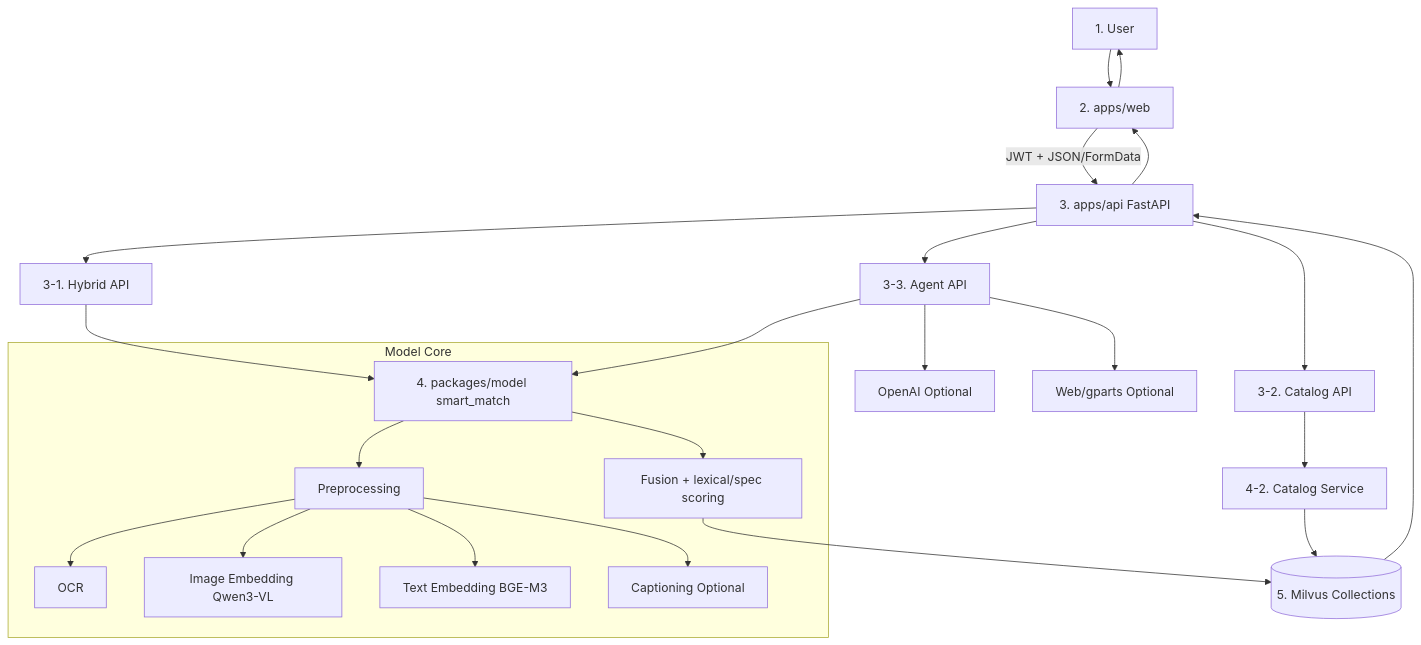
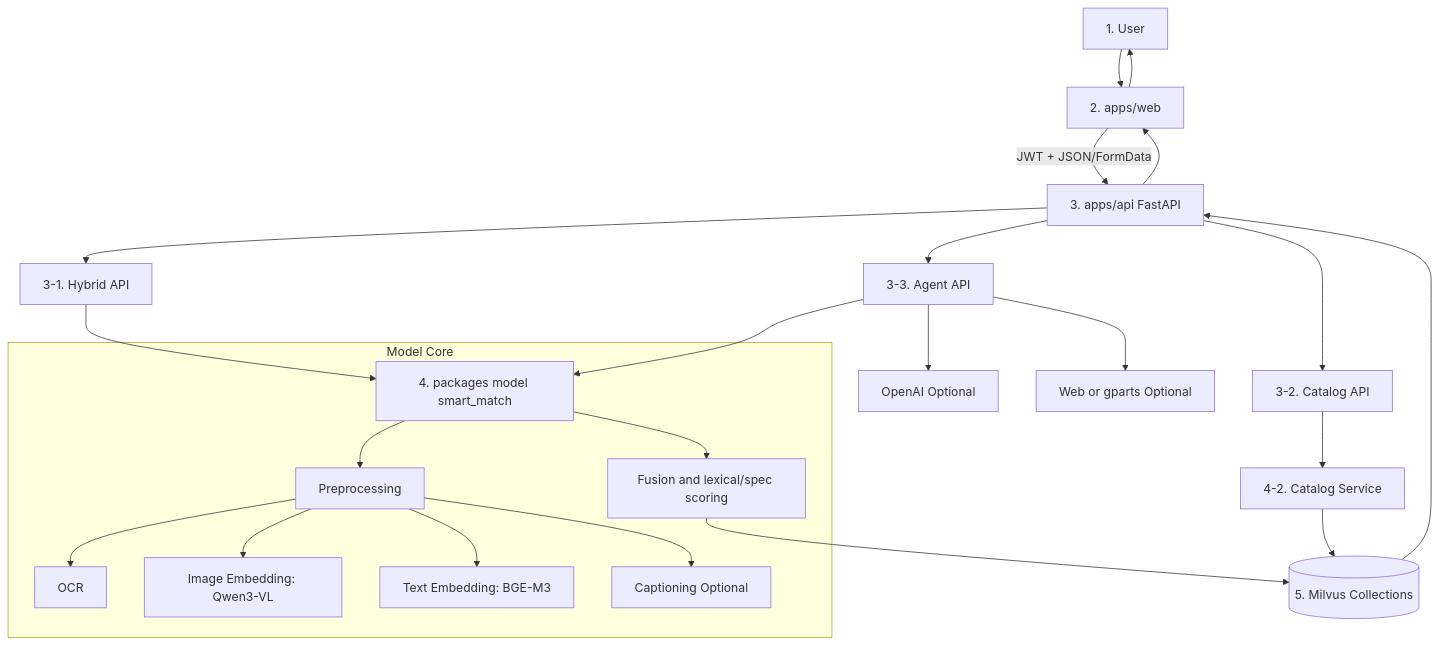
Before and after one commit to hshlalla/Smart_vision: the first of 4 diagrams in docs/architecture/ARCHITECTURE_MERMAID.md, drawn with Mermaid. The commit also changed other lines of this file, not shown here.

Commit message:
docs(architecture): fix mermaid rendering syntax

````diff
--- a/docs/architecture/ARCHITECTURE_MERMAID.md
+++ b/docs/architecture/ARCHITECTURE_MERMAID.md
@@ -7,31 +7,31 @@
 ```mermaid
 flowchart TD
-  U[1. User] --> W[2. apps/web]
-  W -->|JWT + JSON/FormData| API[3. apps/api FastAPI]
+  U["1. User"] --> W["2. apps/web"]
+  W -->|"JWT + JSON/FormData"| API["3. apps/api FastAPI"]
 
-  API --> R1[3-1. Hybrid API]
-  API --> R2[3-2. Catalog API]
-  API --> R3[3-3. Agent API]
+  API --> R1["3-1. Hybrid API"]
+  API --> R2["3-2. Catalog API"]
+  API --> R3["3-3. Agent API"]
 
-  R1 --> M[4. packages/model smart_match]
+  R1 --> M["4. packages model smart_match"]
   R3 --> M
-  R2 --> C[4-2. Catalog Service]
+  R2 --> C["4-2. Catalog Service"]
 
   subgraph MODEL["Model Core"]
-    M --> P[Preprocessing]
-    P --> O[OCR]
-    P --> VI[Image Embedding Qwen3-VL]
-    P --> VT[Text Embedding BGE-M3]
-    P --> CAP[Captioning Optional]
-    M --> F[Fusion + lexical/spec scoring]
+    M --> P["Preprocessing"]
+    P --> O["OCR"]
+    P --> VI["Image Embedding: Qwen3-VL"]
+    P --> VT["Text Embedding: BGE-M3"]
+    P --> CAP["Captioning Optional"]
+    M --> F["Fusion and lexical/spec scoring"]
   end
 
-  F --> DB[(5. Milvus Collections)]
+  F --> DB[("5. Milvus Collections")]
   C --> DB
   DB --> API
   API --> W
   W --> U
 
-  R3 --> EXT1[OpenAI Optional]
-  R3 --> EXT2[Web/gparts Optional]
+  R3 --> EXT1["OpenAI Optional"]
+  R3 --> EXT2["Web or gparts Optional"]
 ```
````
